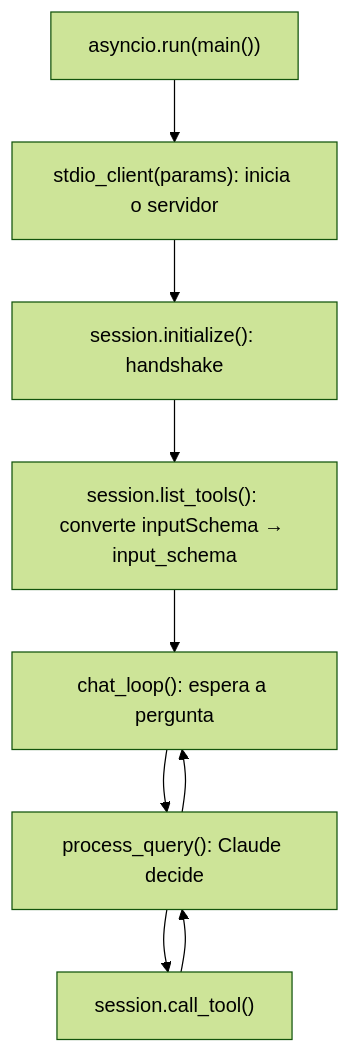
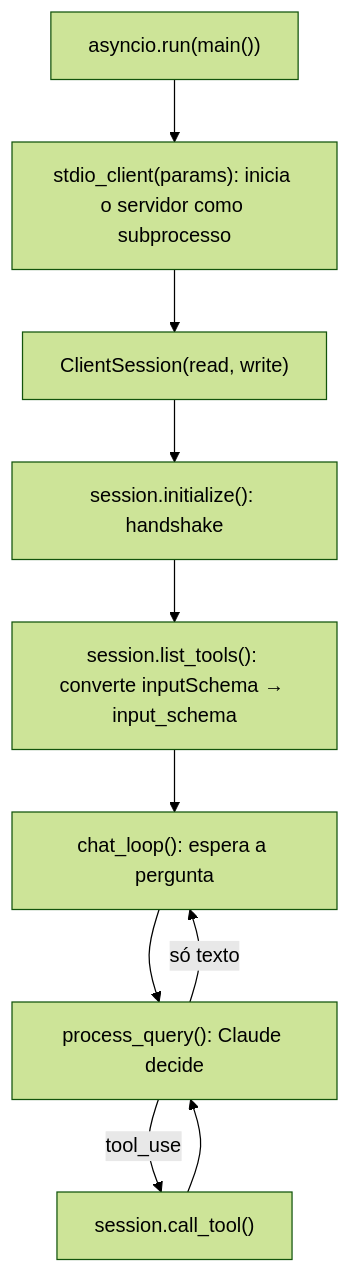
Before and after one commit to FloraRosaPupo/mcp-estudos: the second of 2 diagrams in notas/05-cliente.md, drawn with Mermaid (forest theme). The commit also changed other lines of this file and 20 other files, not shown here.

````diff
--- a/notas/05-cliente.md
+++ b/notas/05-cliente.md
@@ -17,11 +23,12 @@
 ```mermaid
 flowchart TD
-    A["asyncio.run(main())"] --> B["stdio_client(params): inicia o servidor"]
-    B --> C["session.initialize(): handshake"]
-    C --> D["session.list_tools(): converte inputSchema → input_schema"]
-    D --> E["chat_loop(): espera a pergunta"]
-    E --> F["process_query(): Claude decide"]
-    F --> G["session.call_tool()"]
-    G --> F
-    F --> E
+    A["asyncio.run(main())"] --> B["stdio_client(params): inicia o servidor como subprocesso"]
+    B --> C["ClientSession(read, write)"]
+    C --> D["session.initialize(): handshake"]
+    D --> E["session.list_tools(): converte inputSchema → input_schema"]
+    E --> F["chat_loop(): espera a pergunta"]
+    F --> G["process_query(): Claude decide"]
+    G -- tool_use --> H["session.call_tool()"]
+    H --> G
+    G -- só texto --> F
 ```
````
